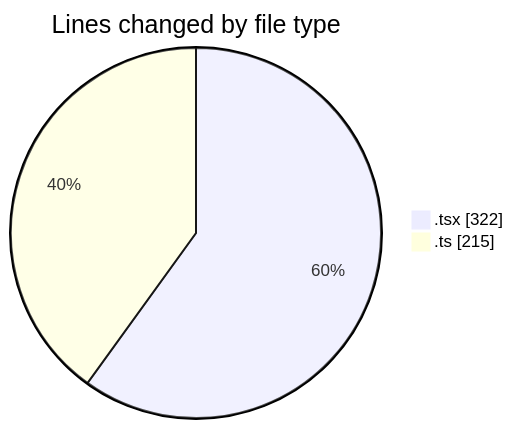
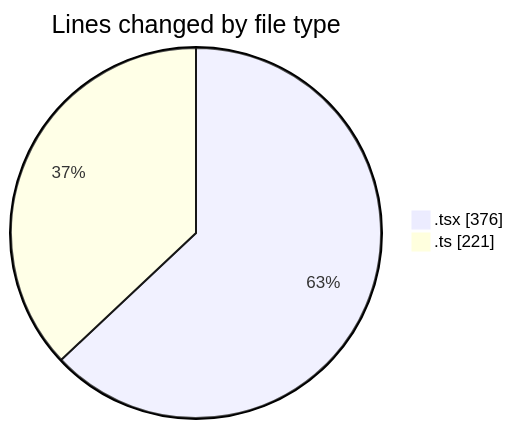
Before and after one commit to julien-gomy/code-tracking: the first of 2 diagrams in 2025-10-16/eventscop-frontend-guide__workspace_/README.md, drawn with Mermaid. The commit also changed other lines of this file and 1 other file, not shown here.

````diff
--- a/2025-10-16/eventscop-frontend-guide__workspace_/README.md
+++ b/2025-10-16/eventscop-frontend-guide__workspace_/README.md
@@ -25,6 +26,6 @@
 ```mermaid
 pie showData
 title Lines changed by file type
-".tsx" : 322
-".ts" : 215
+".tsx" : 376
+".ts" : 221
 ```
````
